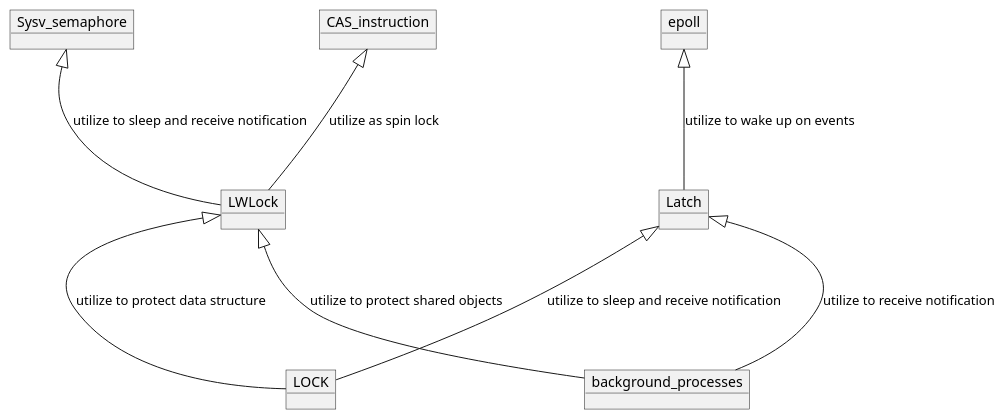
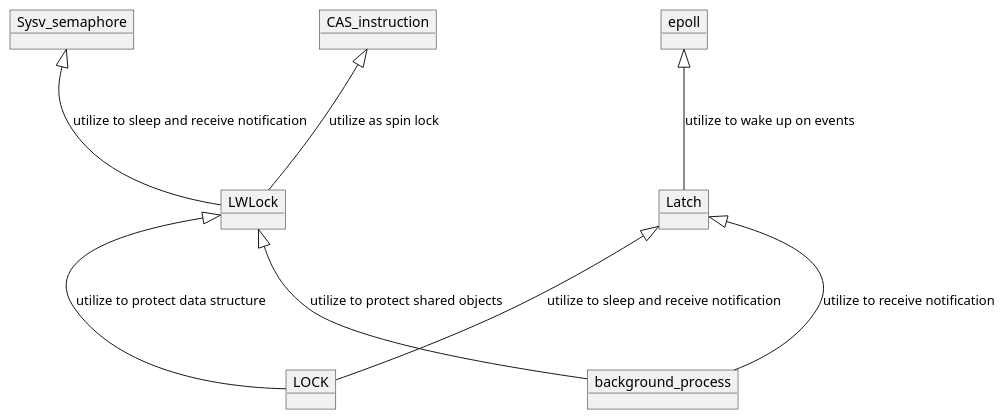
One commit to zyake/postgres_analysis changed the diagram in lock_relationships.puml. Above: the diagram before and after it, drawn with PlantUML.

Commit message:
clean up

```diff
--- a/lock_relationships.puml
+++ b/lock_relationships.puml
@@ -1,19 +1,19 @@
 @startuml
 object LWLock
 object LOCK
 object Latch
 object epoll
 object CAS_instruction
 object Sysv_semaphore
-object background_processes
+object background_process
 
 LWLock <|--- LOCK : utilize to protect data structure
 Latch <|--- LOCK : utilize to sleep and receive notification
 CAS_instruction <|--- LWLock : utilize as spin lock
 Sysv_semaphore <|--- LWLock : utilize to sleep and receive notification
 
-LWLock <|--- background_processes : utilize to protect shared objects
-Latch <|--- background_processes : utilize to receive notification
+LWLock <|--- background_process: utilize to protect shared objects
+Latch <|--- background_process : utilize to receive notification
 
 epoll <|--- Latch : utilize to wake up on events
 @enduml
```
